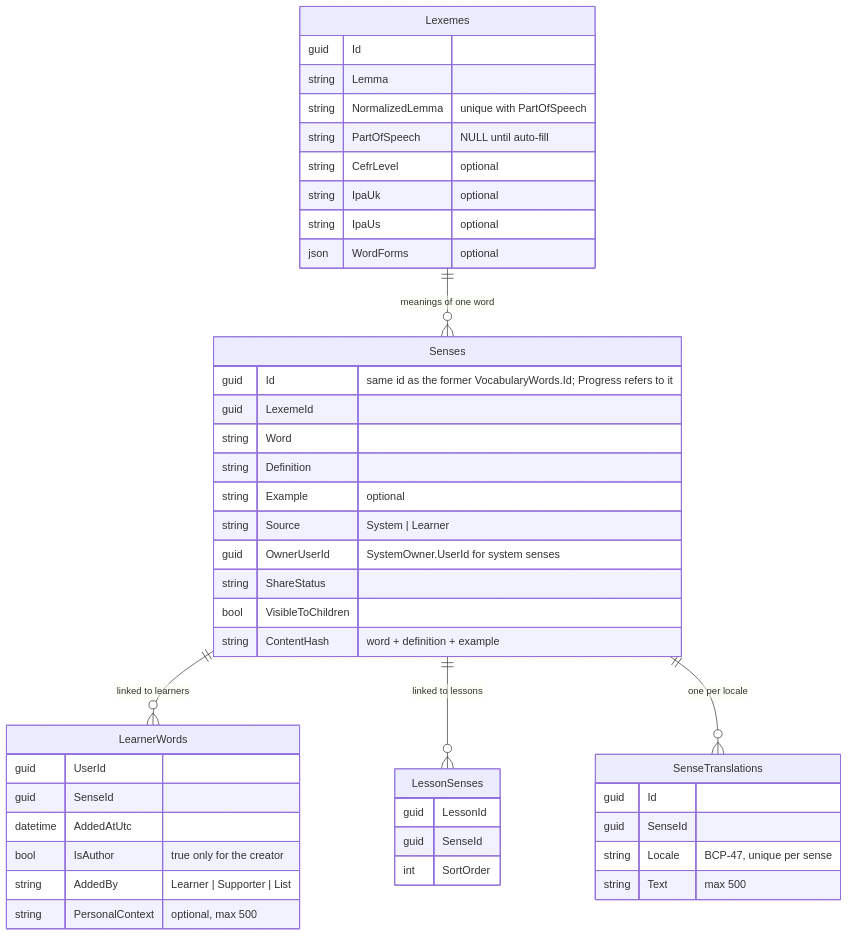
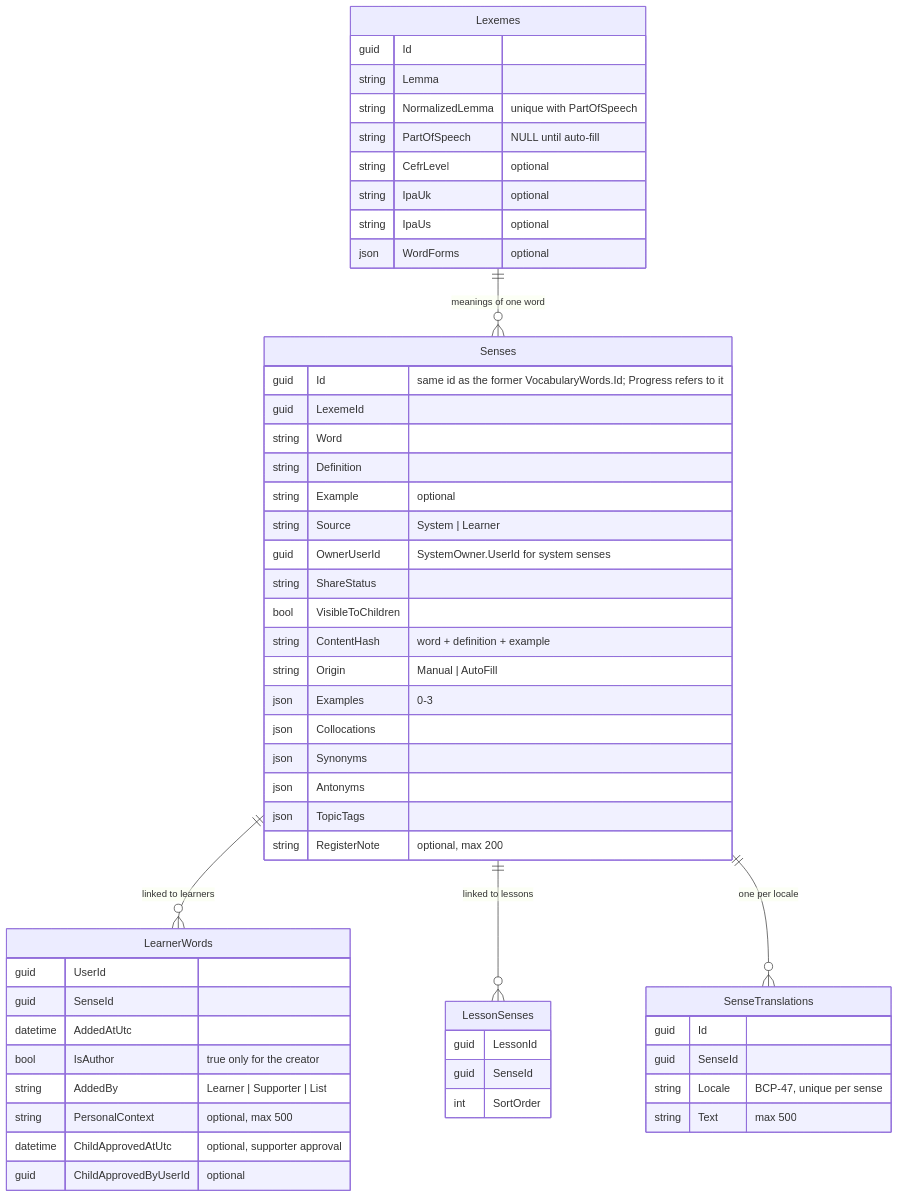
One commit to hunglu/WordBuddy changed the diagram in docs/features/vocabulary.md. Above: the diagram before and after it, drawn with Mermaid. The commit also changed other lines of this file and 7 other files, not shown here.

````diff
--- a/docs/features/vocabulary.md
+++ b/docs/features/vocabulary.md
@@ -15,48 +15,57 @@
 ```mermaid
 erDiagram
     Lexemes ||--o{ Senses : "meanings of one word"
     Senses ||--o{ LearnerWords : "linked to learners"
     Senses ||--o{ LessonSenses : "linked to lessons"
     Senses ||--o{ SenseTranslations : "one per locale"
     Lexemes {
         guid Id
         string Lemma
         string NormalizedLemma "unique with PartOfSpeech"
         string PartOfSpeech "NULL until auto-fill"
         string CefrLevel "optional"
         string IpaUk "optional"
         string IpaUs "optional"
         json WordForms "optional"
     }
     Senses {
         guid Id "same id as the former VocabularyWords.Id; Progress refers to it"
         guid LexemeId
         string Word
         string Definition
         string Example "optional"
         string Source "System | Learner"
         guid OwnerUserId "SystemOwner.UserId for system senses"
         string ShareStatus
         bool VisibleToChildren
         string ContentHash "word + definition + example"
+        string Origin "Manual | AutoFill"
+        json Examples "0-3"
+        json Collocations
+        json Synonyms
+        json Antonyms
+        json TopicTags
+        string RegisterNote "optional, max 200"
     }
     LearnerWords {
         guid UserId
         guid SenseId
         datetime AddedAtUtc
         bool IsAuthor "true only for the creator"
         string AddedBy "Learner | Supporter | List"
         string PersonalContext "optional, max 500"
+        datetime ChildApprovedAtUtc "optional, supporter approval"
+        guid ChildApprovedByUserId "optional"
     }
     LessonSenses {
         guid LessonId
         guid SenseId
         int SortOrder
     }
     SenseTranslations {
         guid Id
         guid SenseId
         string Locale "BCP-47, unique per sense"
         string Text "max 500"
     }
 ```
````
